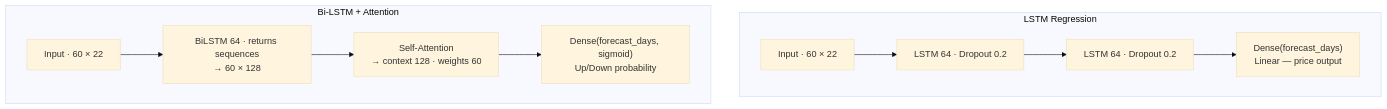
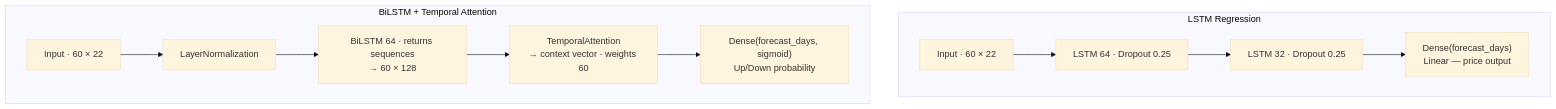
Before and after one commit to AnasBabari/stock-predictor-lstm: the third of 4 diagrams in README.md, drawn with Mermaid (base theme). The commit also changed other lines of this file and 8 other files, not shown here.

````diff
--- a/README.md
+++ b/README.md
@@ -83,14 +145,15 @@
 ```mermaid
 graph TD
     subgraph "LSTM Regression"
-        I1["Input · 60 × 22"] --> L1["LSTM 64 · Dropout 0.2"]
-        L1 --> L2["LSTM 64 · Dropout 0.2"]
+        I1["Input · 60 × 22"] --> L1["LSTM 64 · Dropout 0.25"]
+        L1 --> L2["LSTM 32 · Dropout 0.25"]
         L2 --> O1["Dense(forecast_days)\nLinear — price output"]
     end
 
-    subgraph "Bi-LSTM + Attention"
-        I2["Input · 60 × 22"] --> BL["BiLSTM 64 · returns sequences\n→ 60 × 128"]
-        BL --> AT["Self-Attention\n→ context 128 · weights 60"]
-        AT --> O2["Dense(forecast_days, sigmoid)\nUp/Down probability"]
+    subgraph "BiLSTM + Temporal Attention"
+        I2["Input · 60 × 22"] --> LN["LayerNormalization"]
+        LN --> BL["BiLSTM 64 · returns sequences\n→ 60 × 128"]
+        BL --> TA["TemporalAttention\n→ context vector · weights 60"]
+        TA --> O2["Dense(forecast_days, sigmoid)\nUp/Down probability"]
     end
 ```
````
